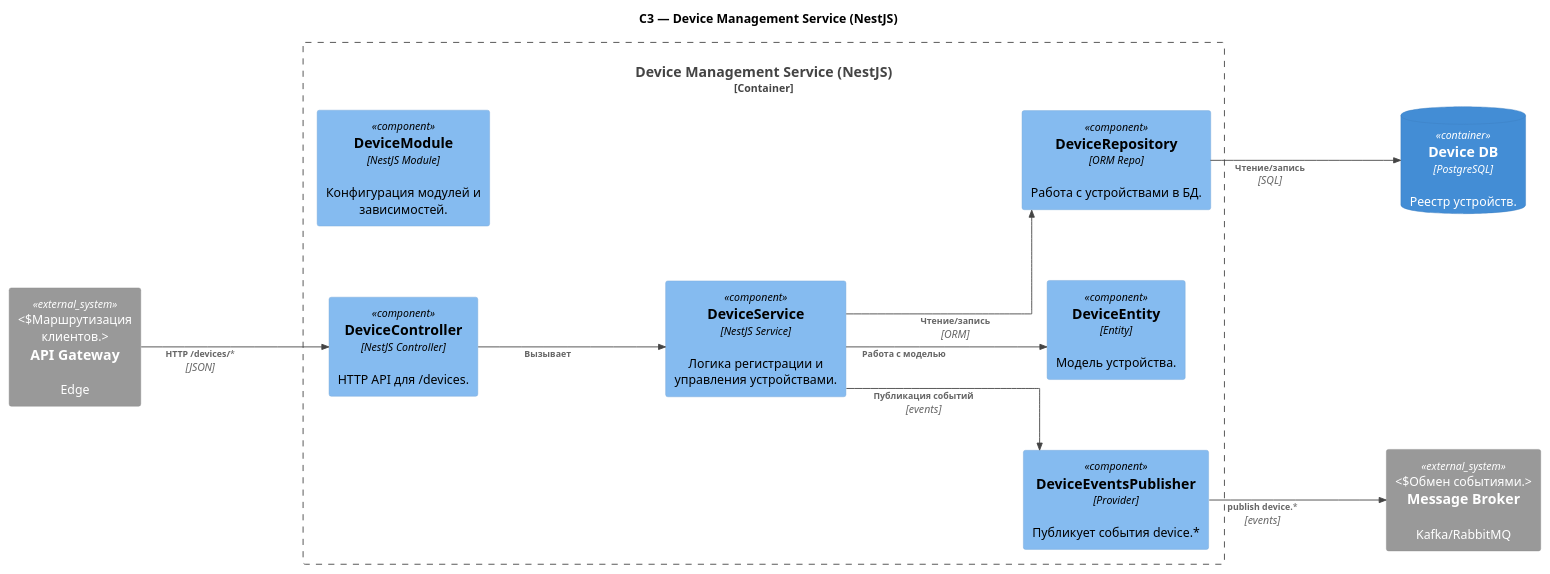
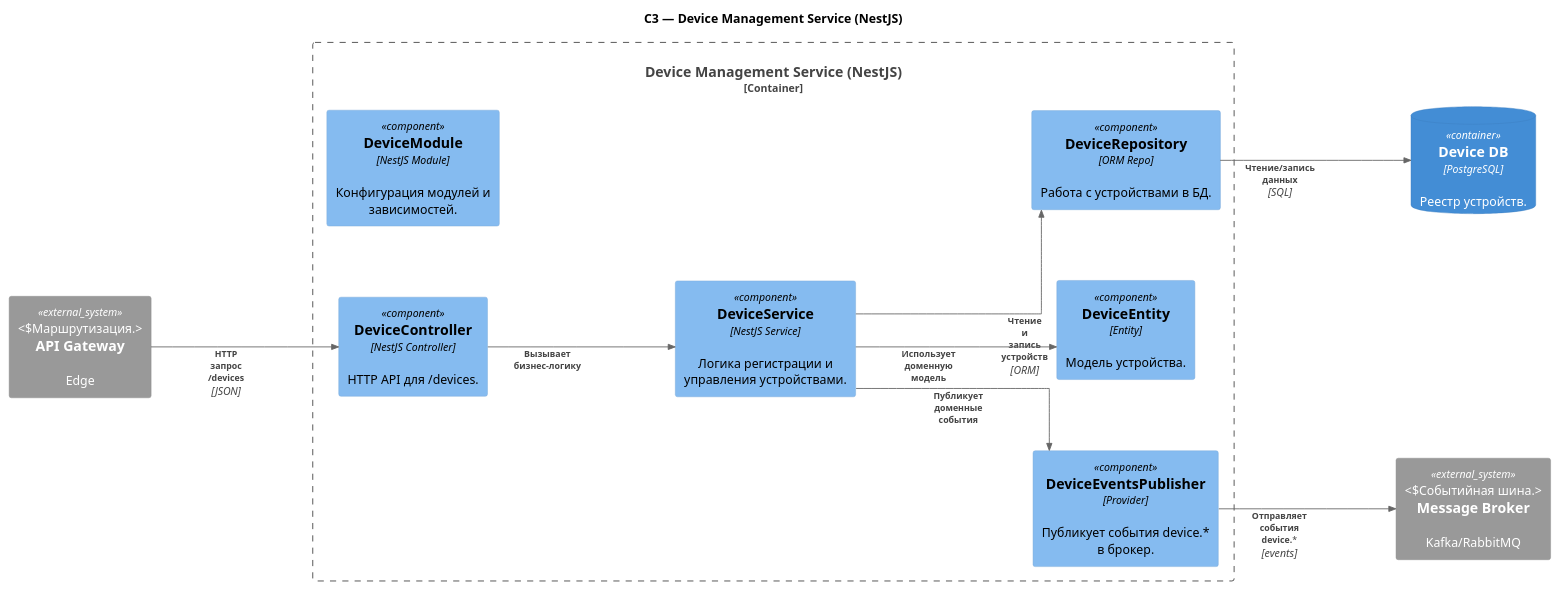
The diagram in apps/docs/new/components/DeviceManagementService.puml (AndreyNester/warm_house), drawn with PlantUML before and after one commit. The commit also changed 9 other files, not shown here.

```diff
--- a/apps/docs/new/components/DeviceManagementService.puml
+++ b/apps/docs/new/components/DeviceManagementService.puml
@@ -1,37 +1,40 @@
 @startuml
 !includeurl https://raw.githubusercontent.com/RicardoNiepel/C4-PlantUML/master/C4_Component.puml
+
 skinparam linetype ortho
 skinparam nodesep 80
 skinparam ranksep 200
 skinparam ArrowFontSize 10
-skinparam ArrowColor #444444
+skinparam ArrowFontColor #444444
+skinparam ArrowTextAlignment center
 skinparam ComponentFontSize 11
 skinparam ComponentPadding 10
-skinparam DefaultTextAlignment center
-skinparam ArrowMessageAlignment center
+skinparam MaxMessageSize 30
+
+
 LAYOUT_LEFT_RIGHT()
 
 title C3 — Device Management Service (NestJS)
 
 Container_Boundary(device_mgmt, "Device Management Service (NestJS)") {
     Component(device_module, "DeviceModule", "NestJS Module", "Конфигурация модулей и зависимостей.")
     Component(device_controller, "DeviceController", "NestJS Controller", "HTTP API для /devices.")
     Component(device_service, "DeviceService", "NestJS Service", "Логика регистрации и управления устройствами.")
     Component(device_repository, "DeviceRepository", "ORM Repo", "Работа с устройствами в БД.")
     Component(device_entity, "DeviceEntity", "Entity", "Модель устройства.")
-    Component(device_events_publisher, "DeviceEventsPublisher", "Provider", "Публикует события device.*")
+    Component(device_events_publisher, "DeviceEventsPublisher", "Provider", "Публикует события device.* в брокер.")
 }
 
 ContainerDb(device_db, "Device DB", "PostgreSQL", "Реестр устройств.")
-System_Ext(message_broker, "Message Broker", "Kafka/RabbitMQ", "Обмен событиями.")
-System_Ext(api_gateway, "API Gateway", "Edge", "Маршрутизация клиентов.")
+System_Ext(message_broker, "Message Broker", "Kafka/RabbitMQ", "Событийная шина.")
+System_Ext(api_gateway, "API Gateway", "Edge", "Маршрутизация.")
 
-Rel(api_gateway, device_controller, "HTTP /devices/*", "JSON")
-Rel(device_controller, device_service, "Вызывает", "")
-Rel(device_service, device_repository, "Чтение/запись", "ORM")
-Rel(device_repository, device_db, "Чтение/запись", "SQL")
-Rel(device_service, device_entity, "Работа с моделью", "")
-Rel(device_service, device_events_publisher, "Публикация событий", "events")
-Rel(device_events_publisher, message_broker, "publish device.*", "events")
+Rel(api_gateway, device_controller, "HTTP запрос /devices", "JSON")
+Rel(device_controller, device_service, "Вызывает бизнес-логику", "")
+Rel(device_service, device_repository, "Чтение и запись устройств", "ORM")
+Rel(device_repository, device_db, "Чтение/запись данных", "SQL")
+Rel(device_service, device_entity, "Использует доменную модель", "")
+Rel(device_service, device_events_publisher, "Публикует доменные события", "")
+Rel(device_events_publisher, message_broker, "Отправляет события device.*", "events")
 
 @enduml
```
